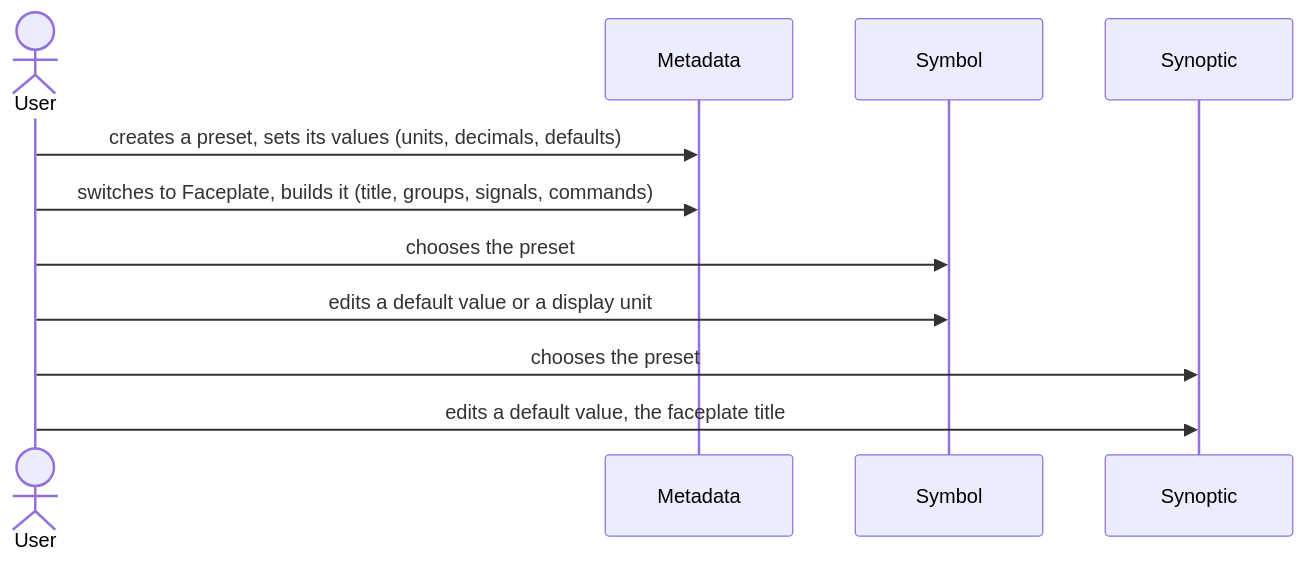
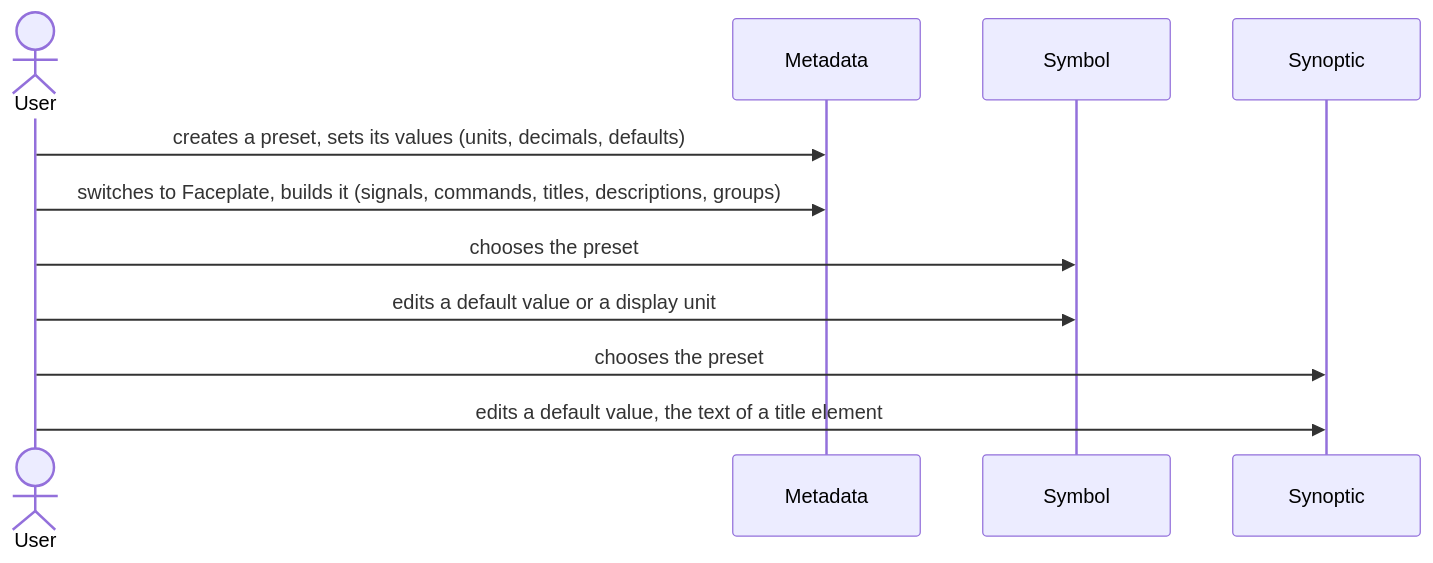
Before and after one commit to AlexandreGallais/synoptic-studio-spec: the fifth of 5 diagrams in metadata/09-presets.md, drawn with Mermaid. The commit also changed other lines of this file and 7 other files, not shown here.

````diff
--- a/metadata/09-presets.md
+++ b/metadata/09-presets.md
@@ -137,13 +146,13 @@
 ```mermaid
 sequenceDiagram
     actor U as User
     participant MD as Metadata
     participant SY as Symbol
     participant SN as Synoptic
     U->>MD: creates a preset, sets its values (units, decimals, defaults)
-    U->>MD: switches to Faceplate, builds it (title, groups, signals, commands)
+    U->>MD: switches to Faceplate, builds it (signals, commands, titles, descriptions, groups)
     U->>SY: chooses the preset
     U->>SY: edits a default value or a display unit
     U->>SN: chooses the preset
-    U->>SN: edits a default value, the faceplate title
+    U->>SN: edits a default value, the text of a title element
 ```
````
